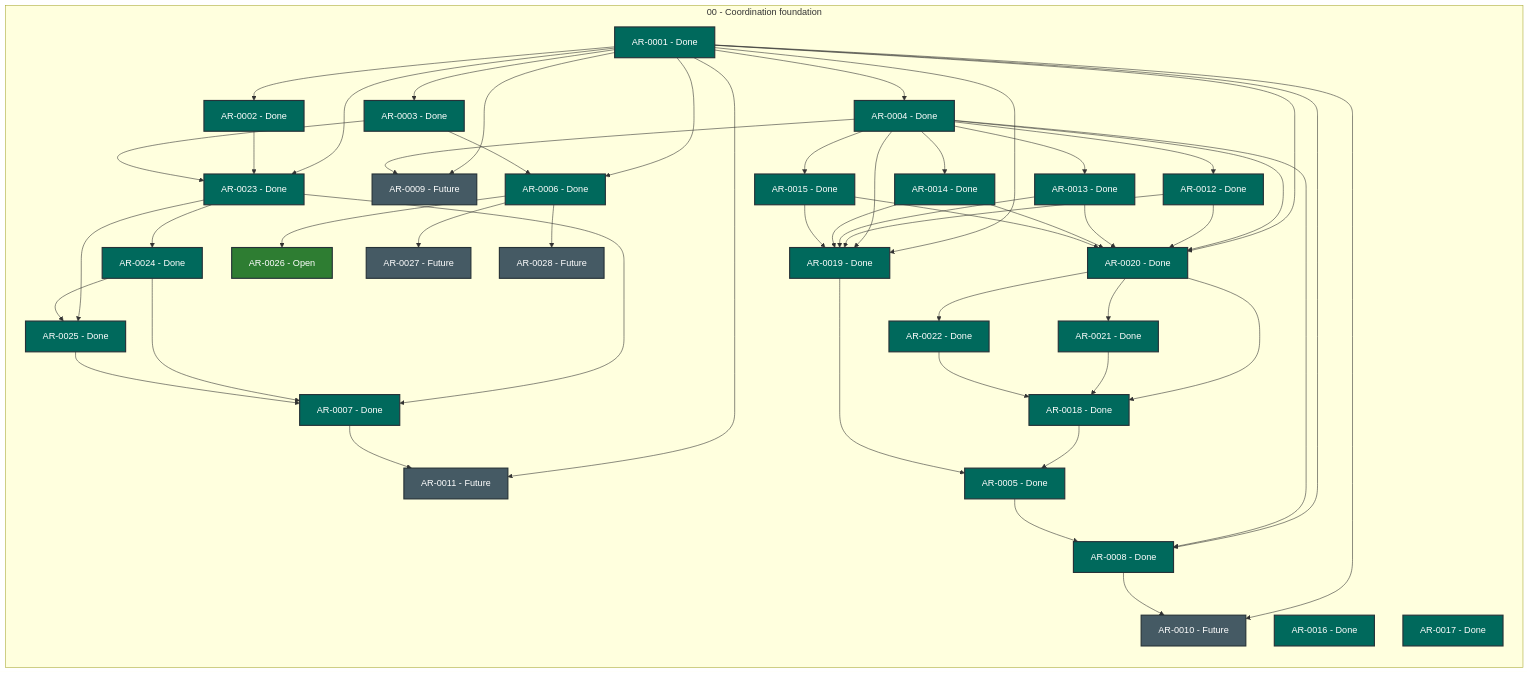
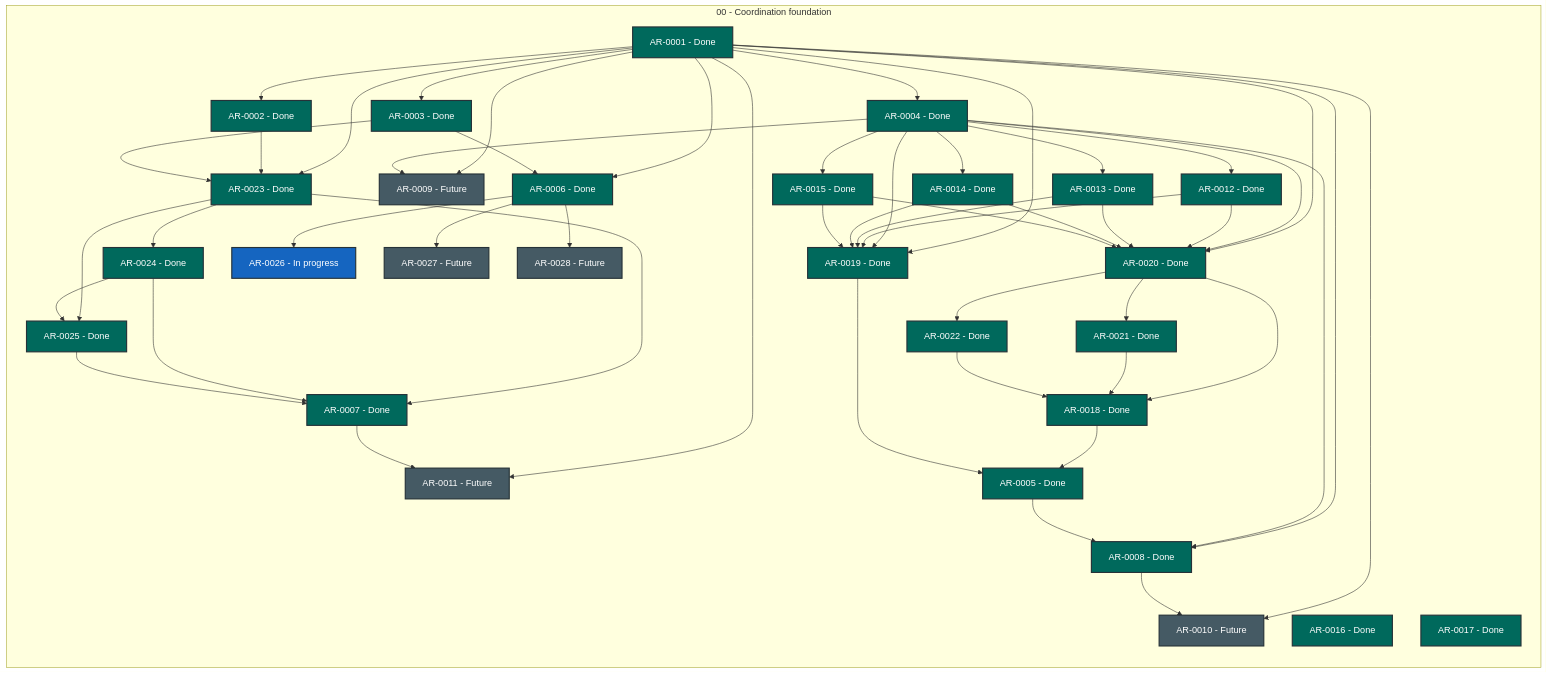
The diagram in STATUS.md (martin-beck/agent-workflow-quality-state), drawn with Mermaid before and after one commit. The commit also changed other lines of this file and 2 other files, not shown here.

```diff
--- a/STATUS.md
+++ b/STATUS.md
@@ -53,7 +53,7 @@
         AR_0023["AR-0023 - Done"]:::status_done
         AR_0024["AR-0024 - Done"]:::status_done
         AR_0025["AR-0025 - Done"]:::status_done
-        AR_0026["AR-0026 - Open"]:::status_open
+        AR_0026["AR-0026 - In progress"]:::status_in_progress
         AR_0027["AR-0027 - Future"]:::status_future
         AR_0028["AR-0028 - Future"]:::status_future
     end
```
